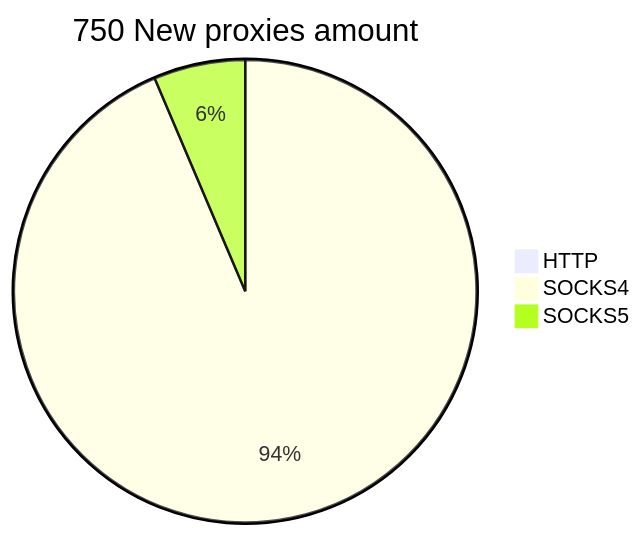
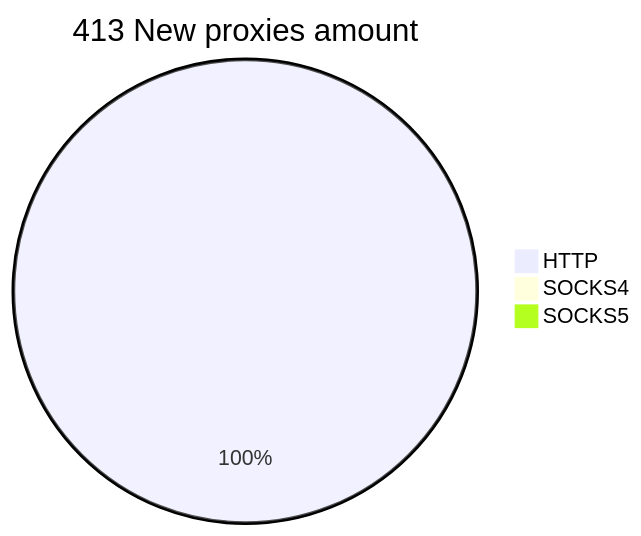
Before and after one commit to cutipu/proxylist: the second of 2 diagrams in README.md, drawn with Mermaid. The commit also changed other lines of this file, not shown here.

````diff
--- a/README.md
+++ b/README.md
@@ -10,6 +10,6 @@
 ```mermaid
-pie title 750 New proxies amount
-    "HTTP" : 0
-    "SOCKS4" : 702
-    "SOCKS5" : 48
+pie title 413 New proxies amount
+    "HTTP" : 437
+    "SOCKS4" : 0
+    "SOCKS5" : 0
 ```
````
